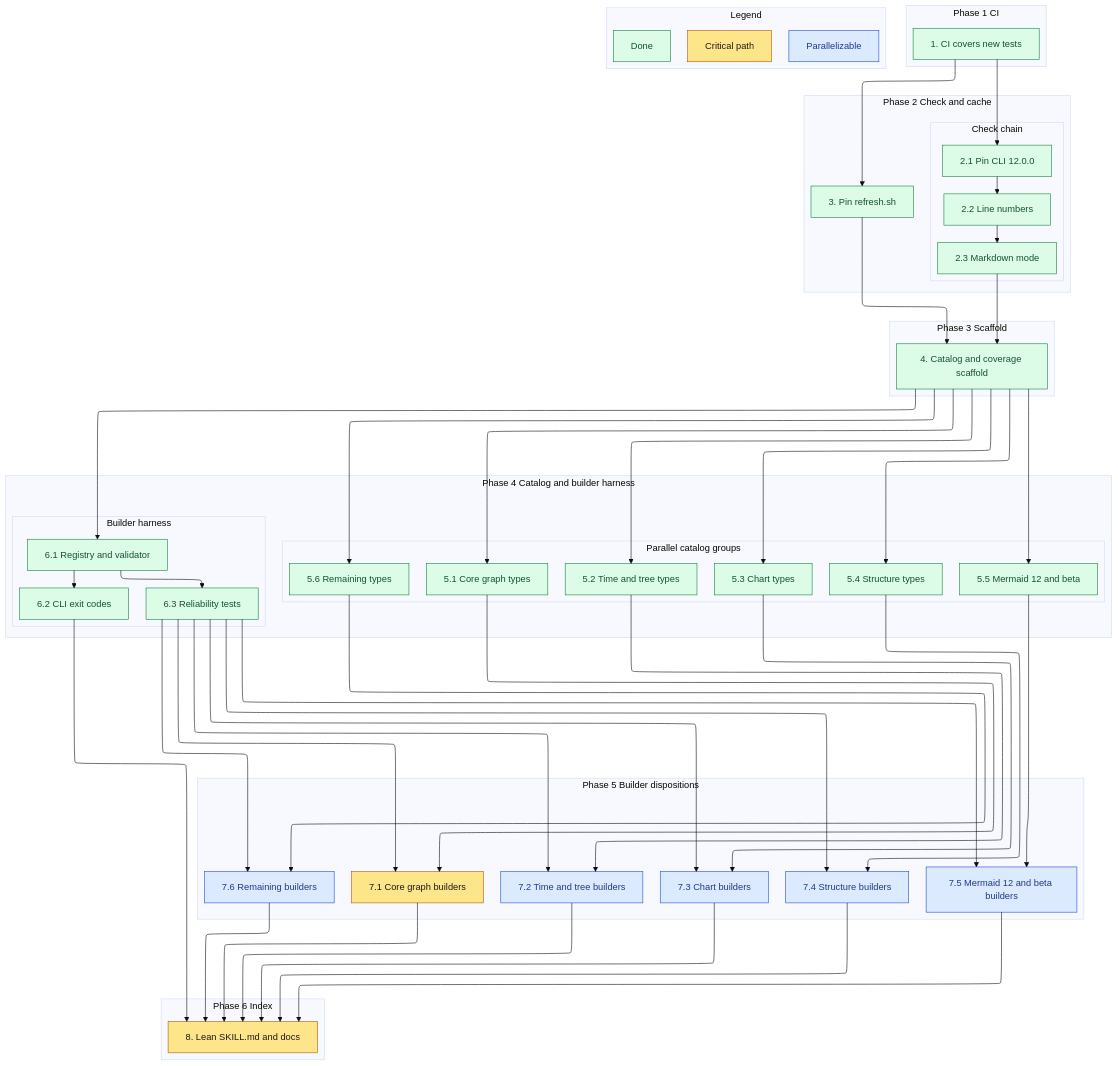
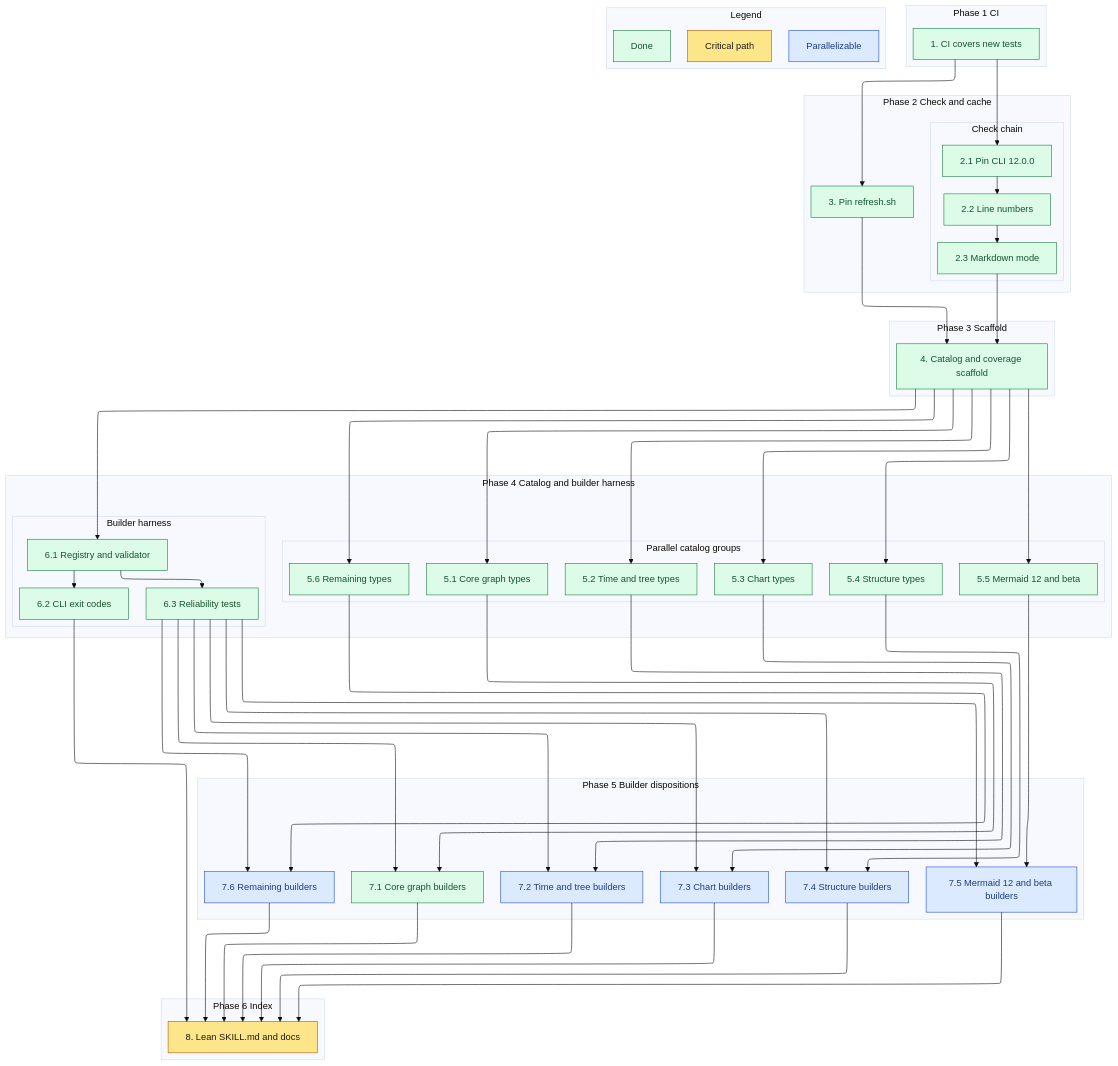
The diagram in .kiro/specs/mermaid-catalog/tasks.md (sohampatwardhan/mermaid-skill), drawn with Mermaid (base theme) before and after one commit. The commit also changed other lines of this file and 34 other files, not shown here.

First line of the commit message:
feat(render): bring core graph builders to the reliability bar

````diff
--- a/.kiro/specs/mermaid-catalog/tasks.md
+++ b/.kiro/specs/mermaid-catalog/tasks.md
@@ -94,7 +94,7 @@
   classDef critical fill:#fde68a,stroke:#b45309,color:#1c1917
   classDef parallel fill:#dbeafe,stroke:#1d4ed8,color:#1e3a8a
   classDef done fill:#dcfce7,stroke:#15803d,color:#14532d
-  class t1,t2_1,t2_2,t2_3,t3,t4,t5_1,t5_2,t5_3,t5_4,t5_5,t5_6,t6_1,t6_2,t6_3,ld done
-  class t7_1,t8,lc critical
+  class t1,t2_1,t2_2,t2_3,t3,t4,t5_1,t5_2,t5_3,t5_4,t5_5,t5_6,t6_1,t6_2,t6_3,t7_1,ld done
+  class t8,lc critical
   class t7_2,t7_3,t7_4,t7_5,t7_6,lp parallel
 ```
````
